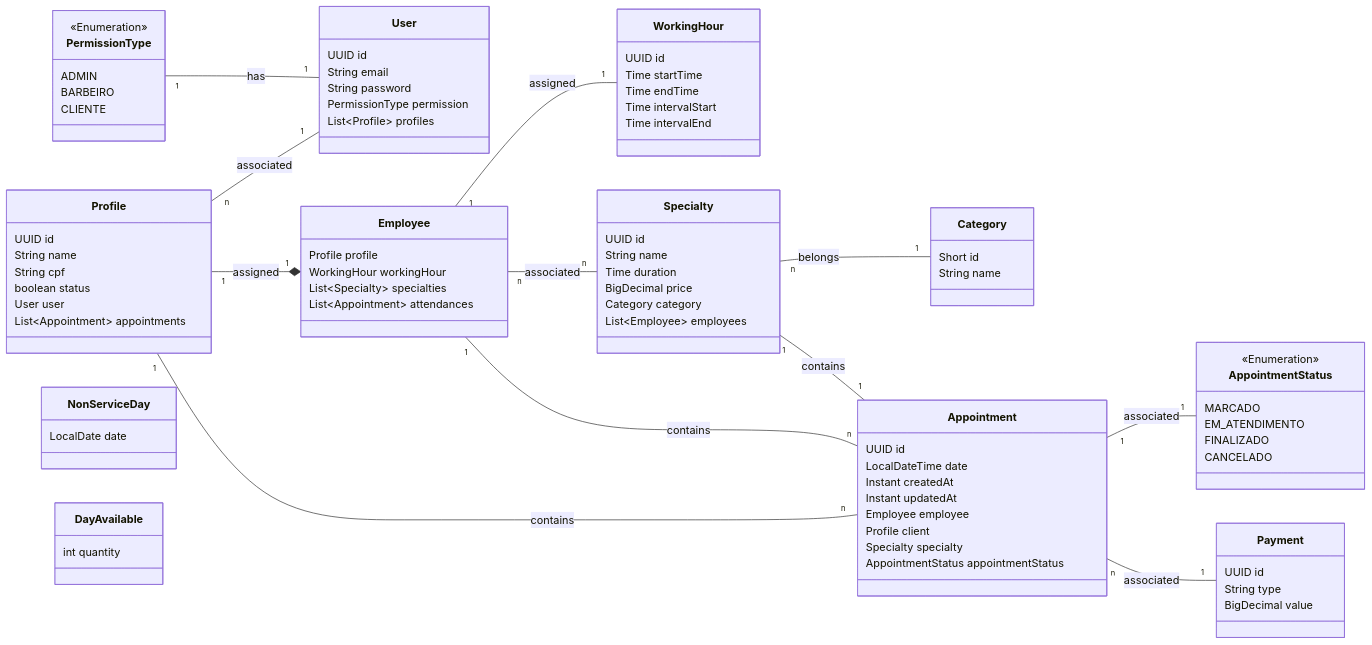
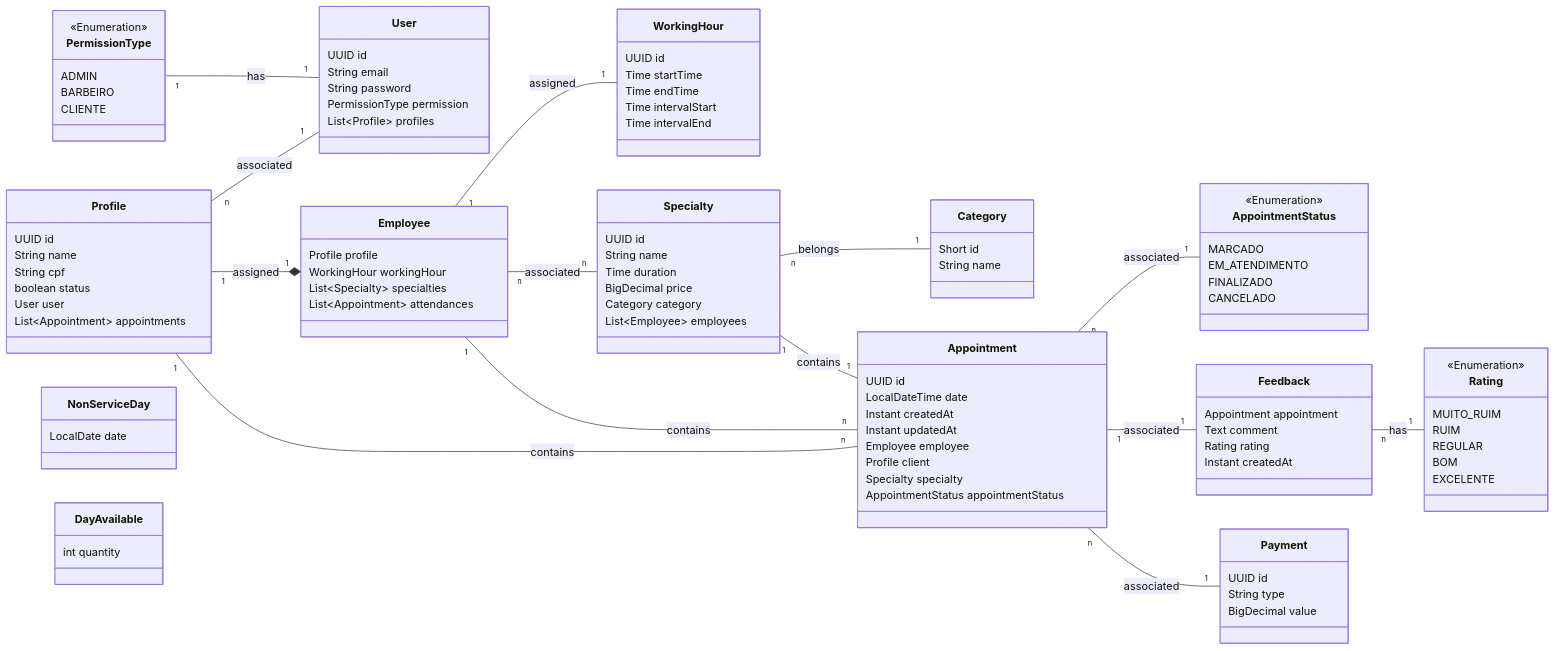
Before and after one commit to marcelo-de-santana/jubas-backend: the diagram in README.md, drawn with Mermaid. The commit also changed other lines of this file and 12 other files, not shown here.

Commit message:
adicionando funcionalidade 'envio de feedbacks' e atualizando diagrama de classes

````diff
--- a/README.md
+++ b/README.md
@@ -41,7 +41,11 @@
     
     Specialty "1" -- "1" Appointment : contains
     
-    Appointment "1" -- "1"  AppointmentStatus: associated
+    Appointment "n" -- "1"  AppointmentStatus: associated
+
+    Appointment "1" -- "1"  Feedback: associated
+
+    Feedback "n" -- "1"  Rating: has
 
     Appointment "n" -- "1"  Payment: associated
 
@@ -130,4 +134,21 @@
         String type
         BigDecimal value
     }
+
+    class Feedback {
+        Appointment appointment
+        Text comment
+        Rating rating
+        Instant createdAt
+    }
+
+    class Rating {
+        <<Enumeration>>
+        MUITO_RUIM
+        RUIM
+        REGULAR
+        BOM
+        EXCELENTE
+    }
+
 ```
````
